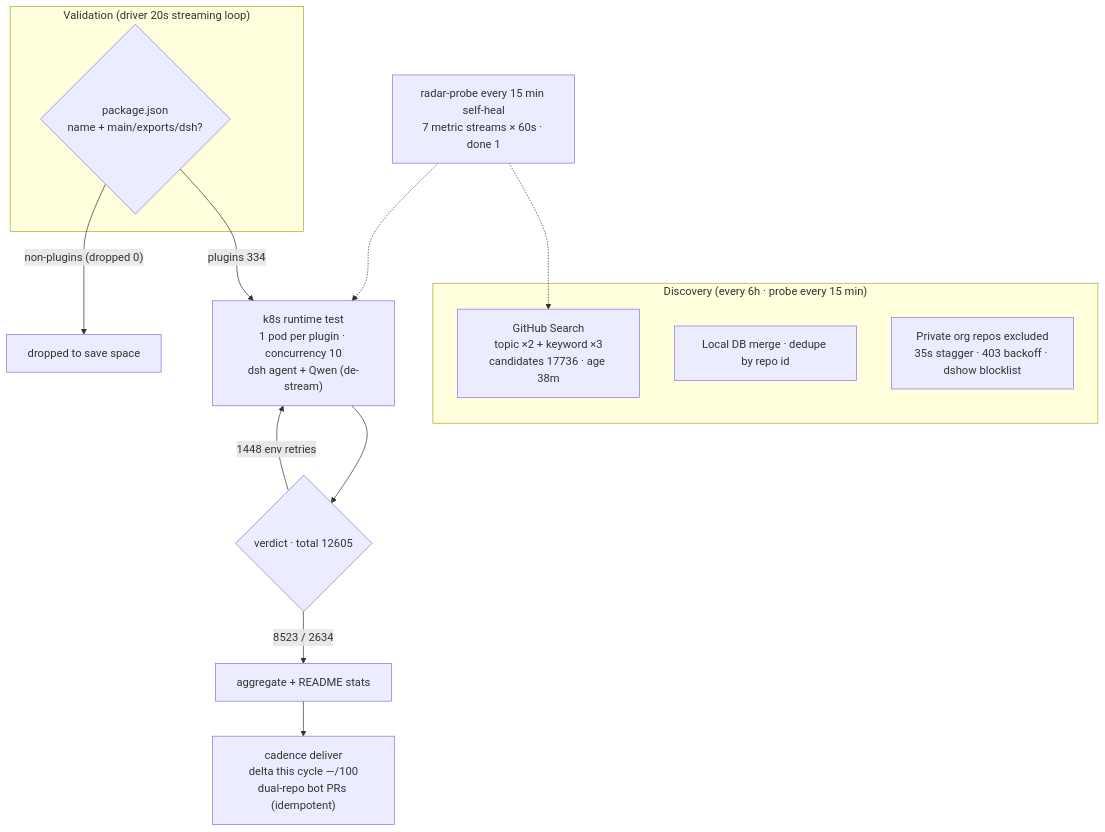
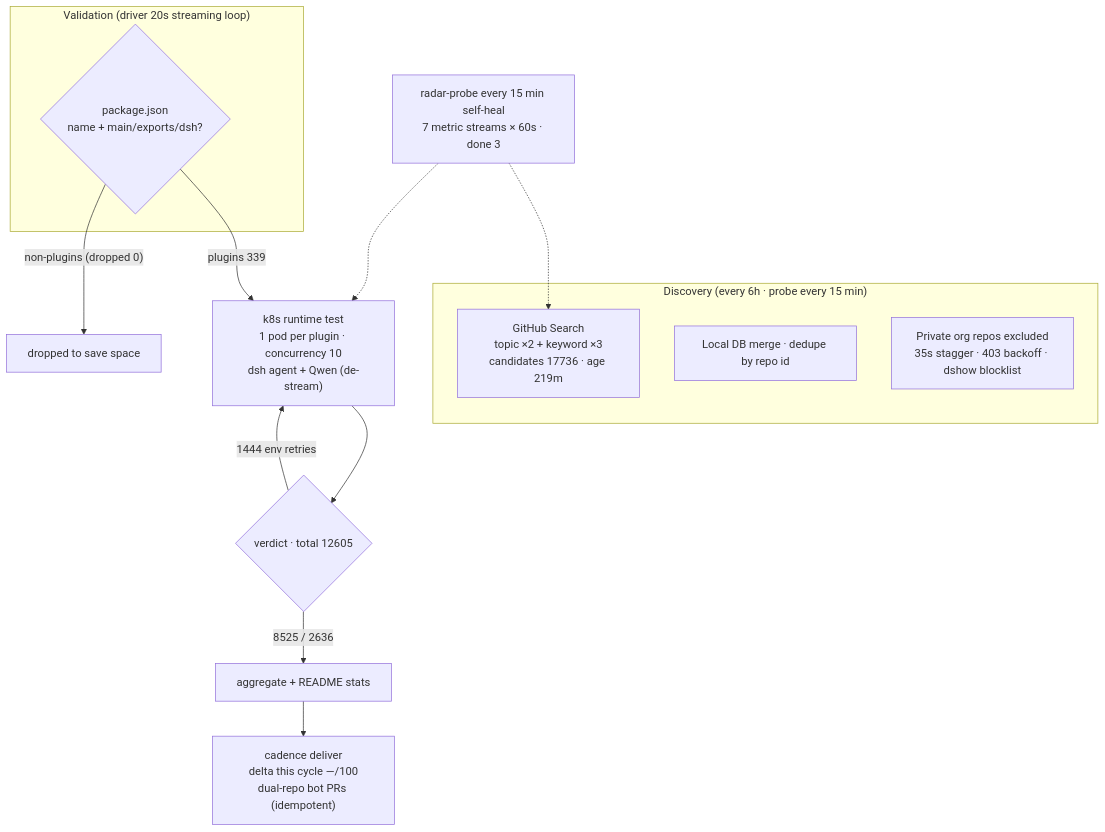
Before and after one commit to AdamPlatin123/awesome-dsh-plugins: the diagram in README.en-US.md, drawn with Mermaid. The commit also changed other lines of this file and 5 other files, not shown here.

````diff
--- a/README.en-US.md
+++ b/README.en-US.md
@@ -45,20 +45,20 @@
 ```mermaid
 flowchart TB
     subgraph Discovery["Discovery (every 6h · probe every 15 min)"]
-        A1["GitHub Search<br/>topic ×2 + keyword ×3<br/>candidates 17736 · age 38m"]
+        A1["GitHub Search<br/>topic ×2 + keyword ×3<br/>candidates 17736 · age 219m"]
         A2["Local DB merge · dedupe by repo id"]
         A3["Private org repos excluded<br/>35s stagger · 403 backoff · dshow blocklist"]
     end
     subgraph Validation["Validation (driver 20s streaming loop)"]
         B1{"package.json<br/>name + main/exports/dsh?"}
     end
-    B1 -->|"plugins 334"| C1["k8s runtime test<br/>1 pod per plugin · concurrency 10<br/>dsh agent + Qwen (de-stream)"]
+    B1 -->|"plugins 339"| C1["k8s runtime test<br/>1 pod per plugin · concurrency 10<br/>dsh agent + Qwen (de-stream)"]
     B1 -->|"non-plugins (dropped 0)"| B3["dropped to save space"]
     C1 --> D1{"verdict · total 12605"}
-    D1 -->|"8523 / 2634"| E1["aggregate + README stats"]
-    D1 -->|"1448 env retries"| C1
+    D1 -->|"8525 / 2636"| E1["aggregate + README stats"]
+    D1 -->|"1444 env retries"| C1
     E1 --> E2["cadence deliver<br/>delta this cycle —/100<br/>dual-repo bot PRs (idempotent)"]
-    M["radar-probe every 15 min self-heal<br/>7 metric streams × 60s · done 1"]
+    M["radar-probe every 15 min self-heal<br/>7 metric streams × 60s · done 3"]
     M -.-> A1
     M -.-> C1
 ```
````
